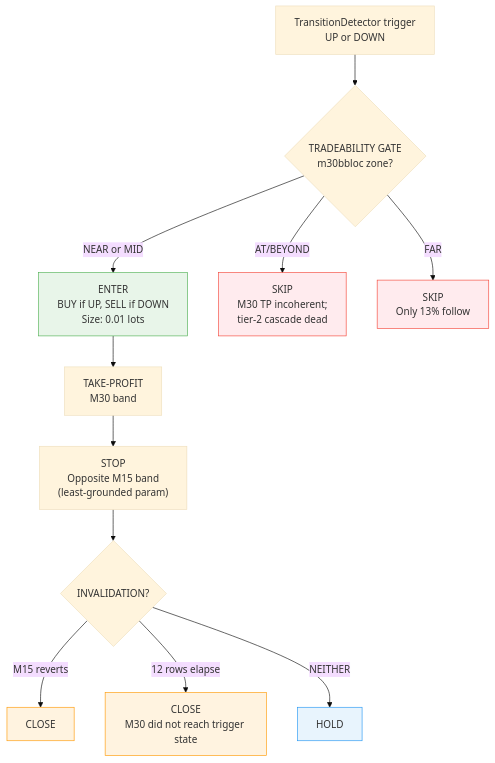
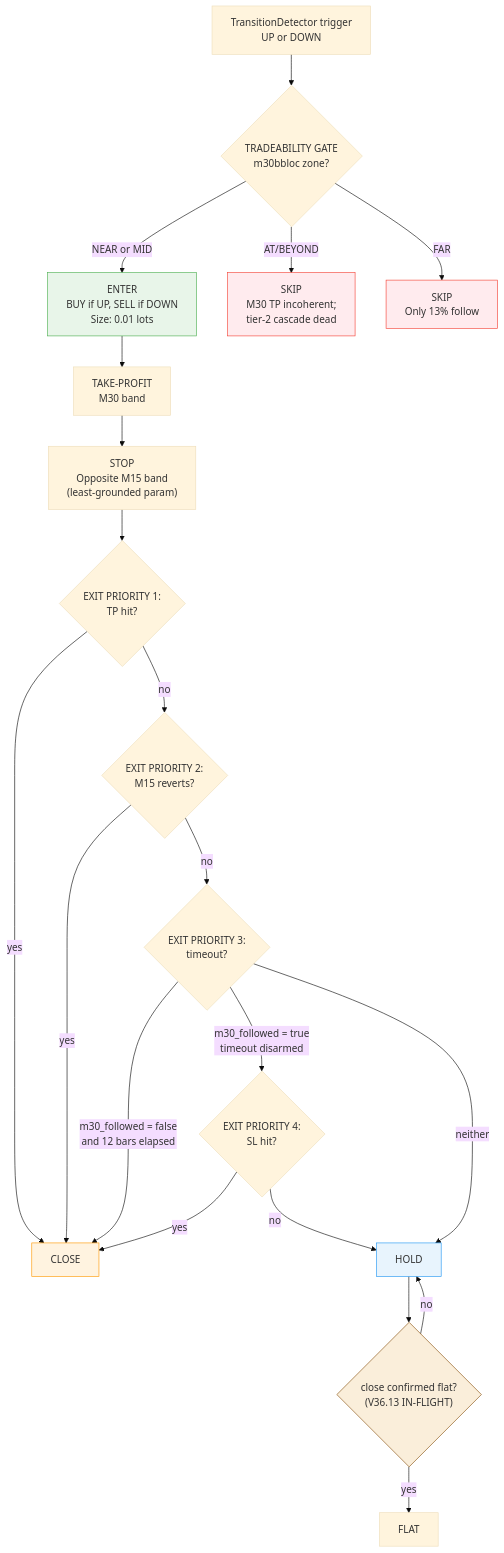
Before and after one commit to Terrypang89/BB_MTF_M15_STRATEGY: the tenth of 14 diagrams in references/DUALTF_ARCHITECTURE.md, drawn with Mermaid (base theme). The commit also changed other lines of this file, not shown here.

First line of the commit message:
DUALTF_ARCHITECTURE: FIX0 mermaid repair + sweep, ADD 1-5 four-layer model

````diff
--- a/references/DUALTF_ARCHITECTURE.md
+++ b/references/DUALTF_ARCHITECTURE.md
@@ -437,27 +542,39 @@
 ```mermaid
 flowchart TD
-    A["TransitionDetector trigger\nUP or DOWN"]
-    A --> B{"TRADEABILITY GATE\nm30bbloc zone?"}
+    A["TransitionDetector trigger<br/>UP or DOWN"]
+    A --> B{"TRADEABILITY GATE<br/>m30bbloc zone?"}
 
-    B -->|"NEAR or MID"| C["ENTER\nBUY if UP, SELL if DOWN\nSize: 0.01 lots"]
-    B -->|"AT/BEYOND"| D["SKIP\nM30 TP incoherent;\ntier-2 cascade dead"]
-    B -->|"FAR"| E["SKIP\nOnly 13% follow"]
+    B -->|"NEAR or MID"| C["ENTER<br/>BUY if UP, SELL if DOWN<br/>Size: 0.01 lots"]
+    B -->|"AT/BEYOND"| D["SKIP<br/>M30 TP incoherent;<br/>tier-2 cascade dead"]
+    B -->|"FAR"| E["SKIP<br/>Only 13% follow"]
 
-    C --> F["TAKE-PROFIT\nM30 band"]
-    F --> G["STOP\nOpposite M15 band\n(least-grounded param)"]
+    C --> F["TAKE-PROFIT<br/>M30 band"]
+    F --> G["STOP<br/>Opposite M15 band<br/>(least-grounded param)"]
 
-    G --> H{"INVALIDATION?"}
-    H -->|"M15 reverts"| I["CLOSE"]
-    H -->|"12 rows elapse"| J["CLOSE\nM30 did not reach trigger state"]
-    H -->|"NEITHER"| K["HOLD"]
+    G --> H{"EXIT PRIORITY 1:<br/>TP hit?"}
+    H -->|"yes"| I["CLOSE"]
+    H -->|"no"| M{"EXIT PRIORITY 2:<br/>M15 reverts?"}
+    M -->|"yes"| I
+    M -->|"no"| T{"EXIT PRIORITY 3:<br/>timeout?"}
+    T -->|"m30_followed = false<br/>and 12 bars elapsed"| I
+    T -->|"m30_followed = true<br/>timeout disarmed"| SL{"EXIT PRIORITY 4:<br/>SL hit?"}
+    T -->|"neither"| K["HOLD"]
+    SL -->|"yes"| I
+    SL -->|"no"| K
+
+    K --> RETRY{"close confirmed flat?<br/>(V36.13 IN-FLIGHT)"}
+    RETRY -->|"no"| K
+    RETRY -->|"yes"| FLAT["FLAT"]
 
     classDef enter fill:#e8f5e9,stroke:#4CAF50
     classDef skip fill:#ffebee,stroke:#f44336
     classDef close fill:#fff3e0,stroke:#FF9800
     classDef hold fill:#e8f4fd,stroke:#2196F3
+    classDef retry fill:#FAEEDA,stroke:#854F0B
 
     class C enter
     class D,E skip
-    class I,J close
+    class I close
     class K hold
+    class RETRY retry
 ```
````
